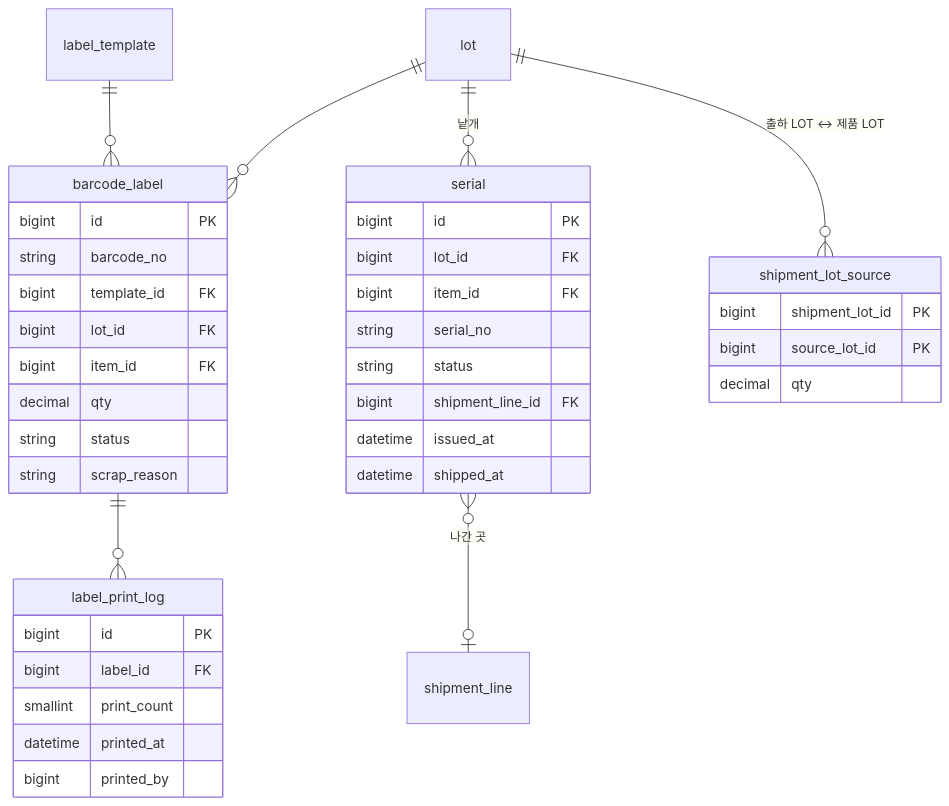
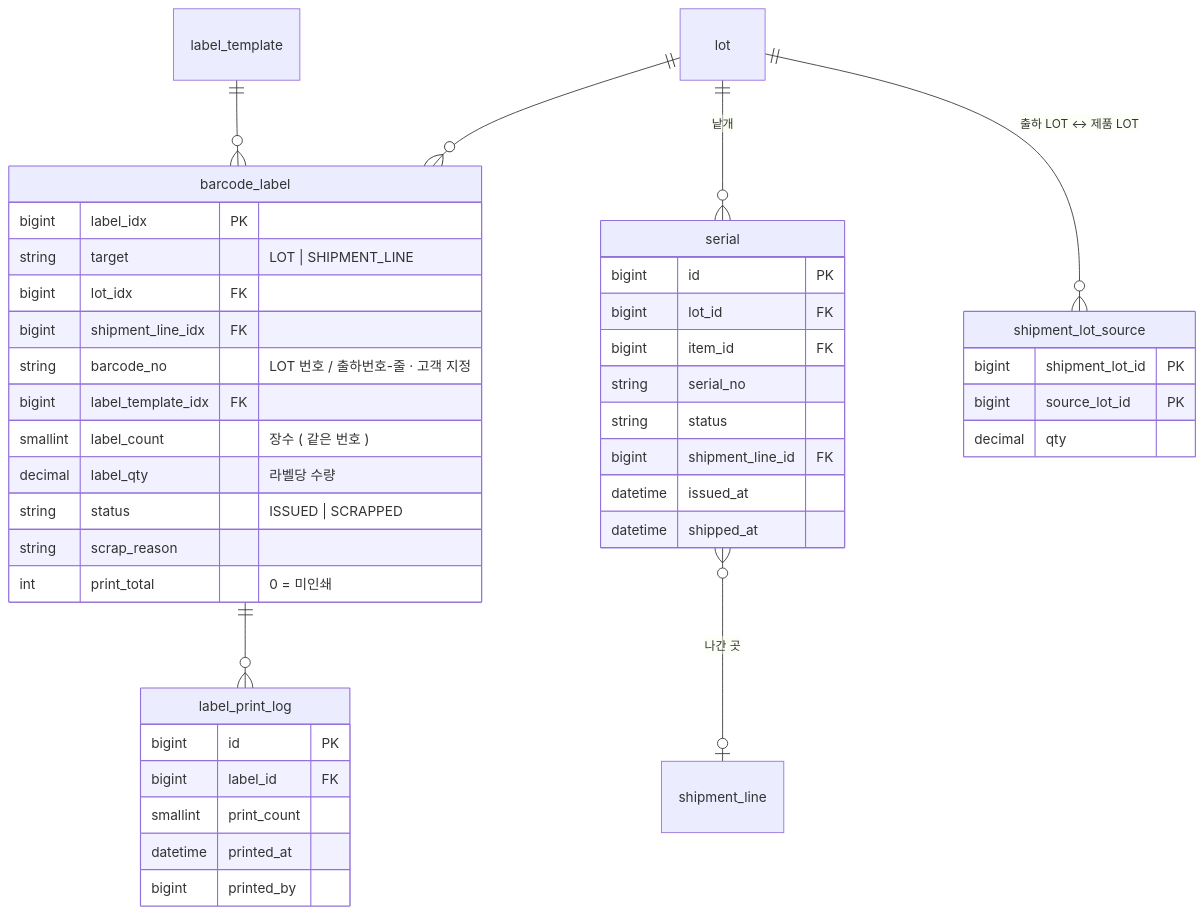
Before and after one commit to kuhyeun/Laravel_ckh: the eighth of 8 diagrams in docs/ERD.md, drawn with Mermaid. The commit also changed other lines of this file and 60 other files, not shown here.

````diff
--- a/docs/ERD.md
+++ b/docs/ERD.md
@@ -1499,42 +1490,45 @@
 ```mermaid
 erDiagram
   label_template ||--o{ barcode_label : ""
   lot ||--o{ barcode_label : ""
   barcode_label ||--o{ label_print_log : ""
   lot ||--o{ serial : "낱개"
   lot ||--o{ shipment_lot_source : "출하 LOT ↔ 제품 LOT"
   serial }o--o| shipment_line : "나간 곳"
 
   barcode_label {
-    bigint id PK
-    string barcode_no
-    bigint template_id FK
-    bigint lot_id FK
-    bigint item_id FK
-    decimal qty
-    string status
+    bigint label_idx PK
+    string target "LOT | SHIPMENT_LINE"
+    bigint lot_idx FK
+    bigint shipment_line_idx FK
+    string barcode_no "LOT 번호 / 출하번호-줄 · 고객 지정"
+    bigint label_template_idx FK
+    smallint label_count "장수 ( 같은 번호 )"
+    decimal label_qty "라벨당 수량"
+    string status "ISSUED | SCRAPPED"
     string scrap_reason
+    int print_total "0 = 미인쇄"
   }
   label_print_log {
     bigint id PK
     bigint label_id FK
     smallint print_count
     datetime printed_at
     bigint printed_by
   }
   shipment_lot_source {
     bigint shipment_lot_id PK
     bigint source_lot_id PK
     decimal qty
   }
   serial {
     bigint id PK
     bigint lot_id FK
     bigint item_id FK
     string serial_no
     string status
     bigint shipment_line_id FK
     datetime issued_at
     datetime shipped_at
   }
 ```
````
